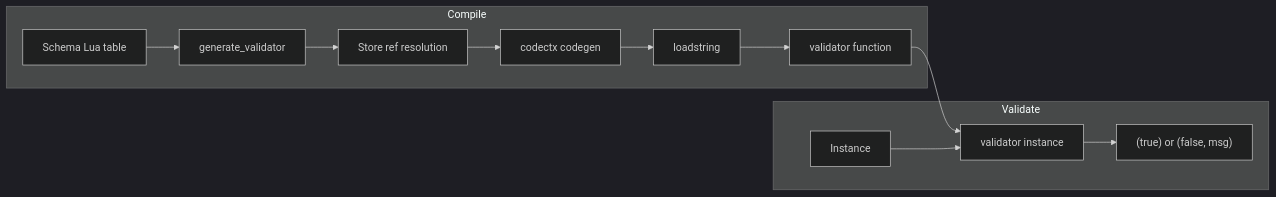
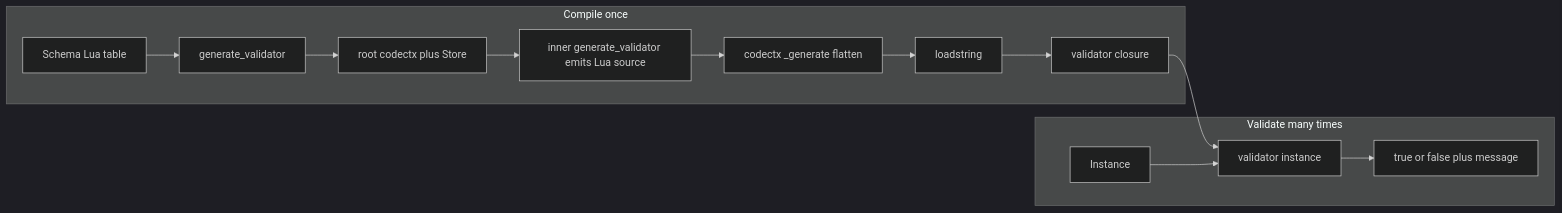
The first of 2 diagrams in research/reports/lua/api7-jsonschema.md (goddtriffin/json-schema-rs), drawn with Mermaid (dark theme) before and after one commit. The commit also changed other lines of this file and 51 other files, not shown here.

````diff
--- a/research/reports/lua/api7-jsonschema.md
+++ b/research/reports/lua/api7-jsonschema.md
@@ -84,22 +89,24 @@
 ```mermaid
 flowchart LR
-  subgraph compile [Compile]
+  subgraph compile [Compile once]
     Schema[Schema Lua table]
     GenerateValidator[generate_validator]
-    Store[Store ref resolution]
-    CodeCtx[codectx codegen]
+    CodeCtx[root codectx plus Store]
+    Emit[inner generate_validator emits Lua source]
+    Flatten[codectx _generate flatten]
     LoadString[loadstring]
-    ValidatorFn[validator function]
+    ValidatorFn[validator closure]
     Schema --> GenerateValidator
-    GenerateValidator --> Store
-    Store --> CodeCtx
-    CodeCtx --> LoadString
+    GenerateValidator --> CodeCtx
+    CodeCtx --> Emit
+    Emit --> Flatten
+    Flatten --> LoadString
     LoadString --> ValidatorFn
   end
-  subgraph validate [Validate]
+  subgraph validate [Validate many times]
     Instance[Instance]
     ValidatorFn --> ValidateOp[validator instance]
     Instance --> ValidateOp
-    ValidateOp --> Result["(true) or (false, msg)"]
+    ValidateOp --> Result["true or false plus message"]
   end
 ```
````
